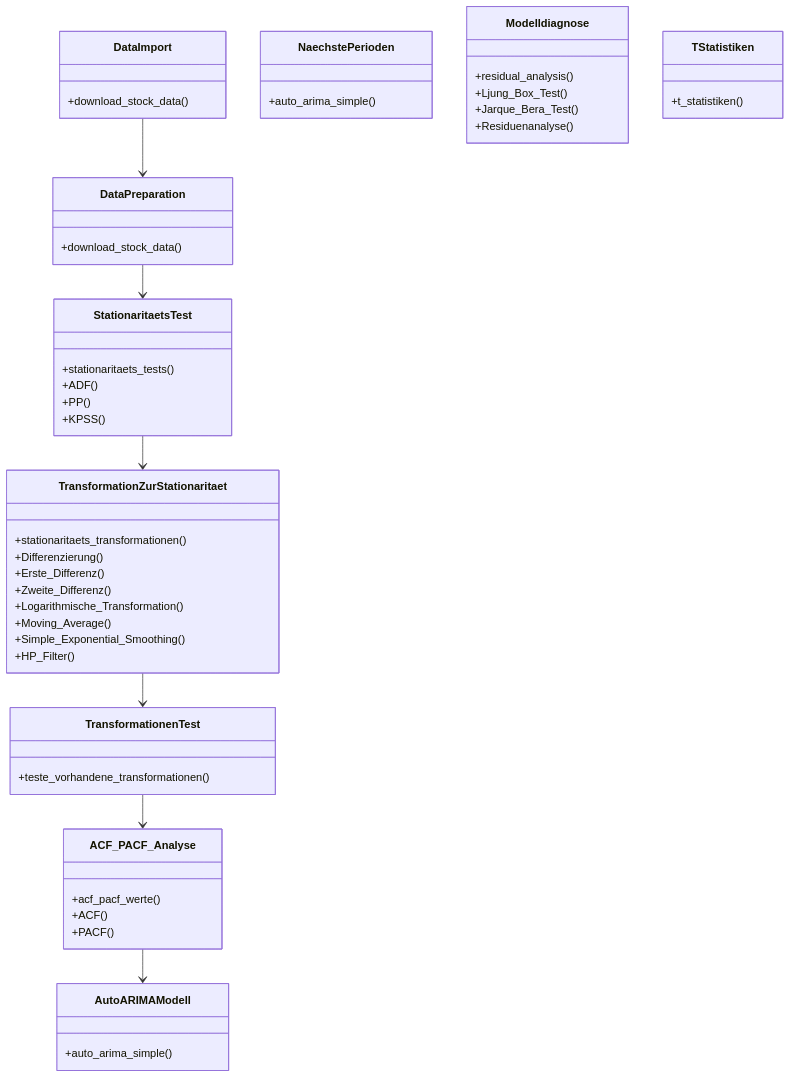
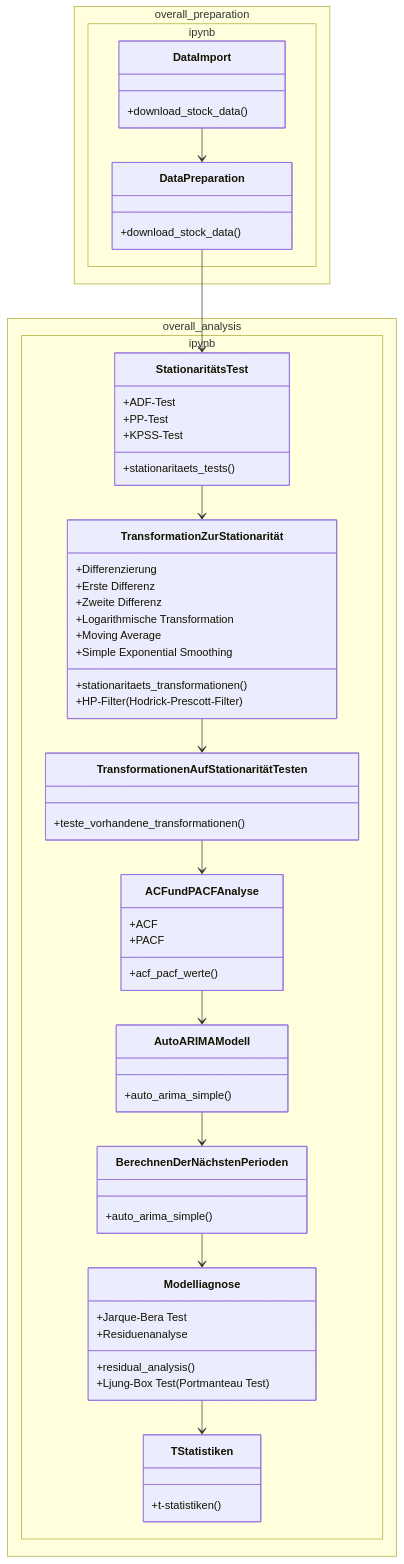
The diagram in docs/Prozess_darstellung.md (kaihuf/THWS_Reihenanalysen), drawn with Mermaid before and after one commit.

Commit message:
fix(Prozess_darstellung): Anpassen der Darstellung

````diff
--- a/docs/Prozess_darstellung.md
+++ b/docs/Prozess_darstellung.md
@@ -1,70 +1,72 @@
 ```mermaid
 classDiagram
-
-%% === Namespace: overall_preparation.ipynb ===
-class DataImport {
-    +download_stock_data()
-}
-
-class DataPreparation {
-    +download_stock_data()
-}
-
-DataImport --> DataPreparation
-
-%% === Namespace: overall_analysis.ipynb ===
-class StationaritaetsTest {
-    +stationaritaets_tests()
-    +ADF()
-    +PP()
-    +KPSS()
-}
-
-class TransformationZurStationaritaet {
-    +stationaritaets_transformationen()
-    +Differenzierung()
-    +Erste_Differenz()
-    +Zweite_Differenz()
-    +Logarithmische_Transformation()
-    +Moving_Average()
-    +Simple_Exponential_Smoothing()
-    +HP_Filter()
-}
-
-class TransformationenTest {
-    +teste_vorhandene_transformationen()
-}
-
-class ACF_PACF_Analyse {
-    +acf_pacf_werte()
-    +ACF()
-    +PACF()
-}
-
-class AutoARIMAModell {
-    +auto_arima_simple()
-}
-
-class NaechstePerioden {
-    +auto_arima_simple()
-}
-
-class Modelldiagnose {
-    +residual_analysis()
-    +Ljung_Box_Test()
-    +Jarque_Bera_Test()
-    +Residuenanalyse()
-}
-
-class TStatistiken {
-    +t_statistiken()
-}
-
-%% === Verbindungen ===
-DataPreparation --> StationaritaetsTest
-StationaritaetsTest --> TransformationZurStationaritaet
-TransformationZurStationaritaet --> TransformationenTest
-TransformationenTest --> ACF_PACF_Analyse
-ACF_PACF_Analyse --> AutoARIMAModell
-AutoARIMAModell
+    namespace overall_preparation.ipynb {
+        class DataImport {
+            +download_stock_data()
+        }
+        
+        class DataPreparation {
+            +download_stock_data()
+        }
+    }
+    
+    namespace overall_analysis.ipynb {
+        class StationaritätsTest {
+            +stationaritaets_tests()
+            +ADF-Test
+            +PP-Test
+            +KPSS-Test
+        }
+        
+        class TransformationZurStationarität {
+            +stationaritaets_transformationen()
+            +Differenzierung
+            +Erste Differenz
+            +Zweite Differenz
+            +Logarithmische Transformation
+            +Moving Average
+            +Simple Exponential Smoothing
+            +HP-Filter (Hodrick-Prescott-Filter)
+        }
+        
+        class TransformationenAufStationaritätTesten {
+            +teste_vorhandene_transformationen()
+        }
+        
+        class ACFundPACFAnalyse {
+            +acf_pacf_werte()
+            +ACF
+            +PACF
+        }
+        
+        class AutoARIMAModell {
+            +auto_arima_simple()
+        }
+        
+        class BerechnenDerNächstenPerioden {
+            +auto_arima_simple()
+        }
+        
+        class Modelliagnose {
+            +residual_analysis()
+            +Ljung-Box Test (Portmanteau Test)
+            +Jarque-Bera Test
+            +Residuenanalyse
+        }
+        
+        class TStatistiken {
+            +t-statistiken()
+        }
+    }
+    
+    %% Verbindungen
+    DataImport --> DataPreparation
+    DataPreparation --> StationaritätsTest
+    StationaritätsTest --> TransformationZurStationarität
+    TransformationZurStationarität --> TransformationenAufStationaritätTesten
+    TransformationenAufStationaritätTesten --> ACFundPACFAnalyse
+    ACFundPACFAnalyse --> AutoARIMAModell
+    AutoARIMAModell --> BerechnenDerNächstenPerioden
+    BerechnenDerNächstenPerioden --> Modelliagnose
+    Modelliagnose --> TStatistiken
 ```
````
